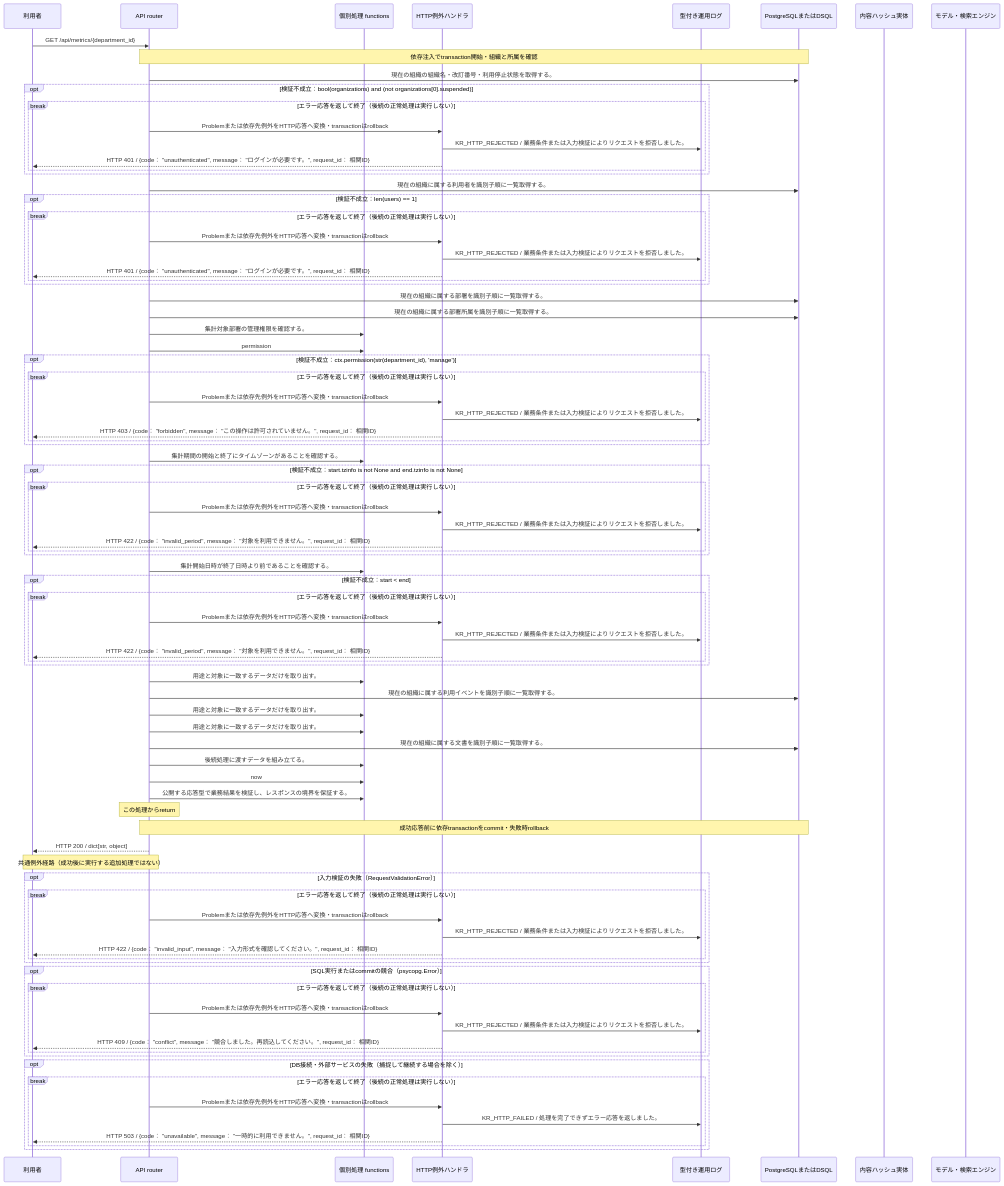
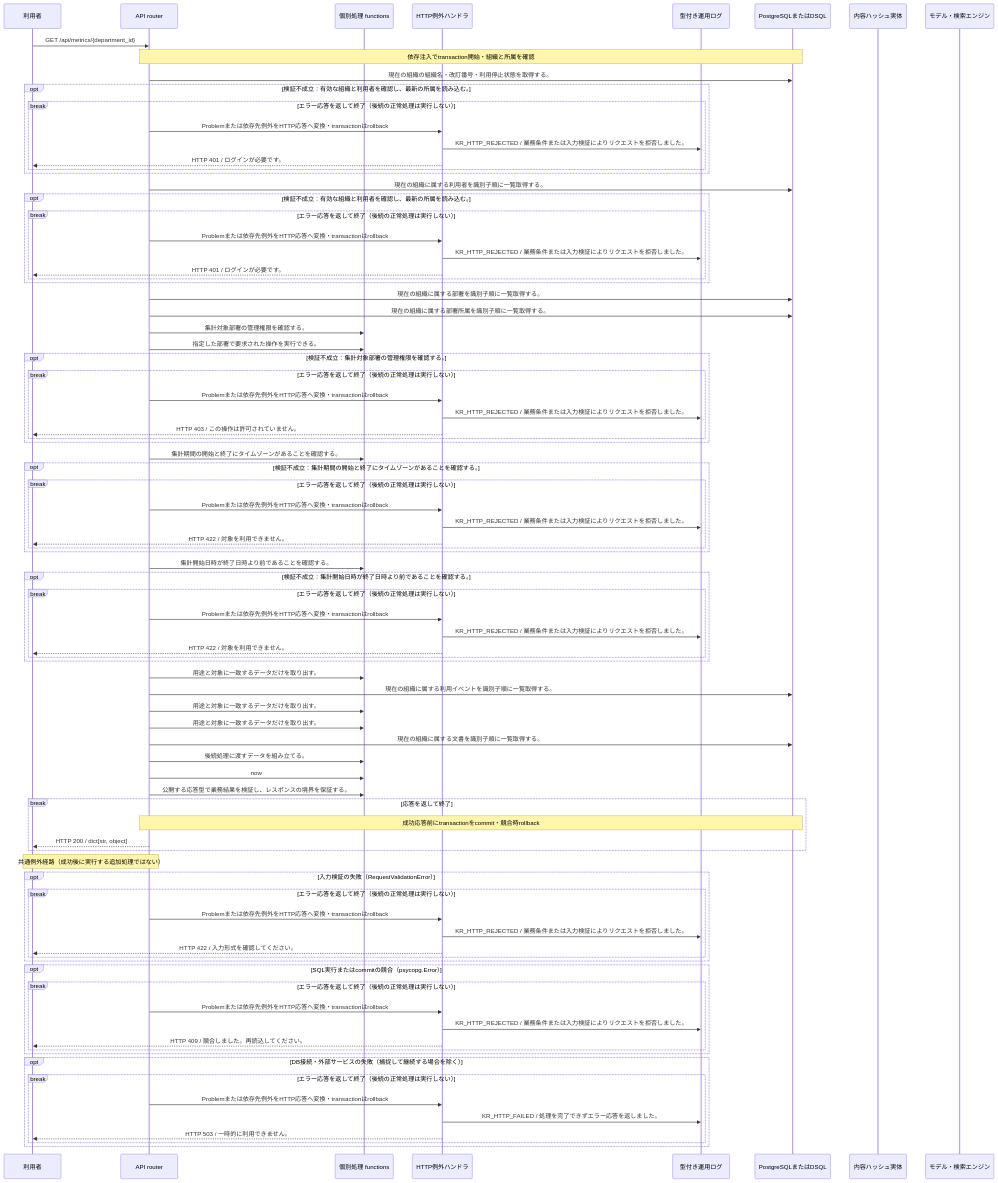
Before and after one commit to tsuji-tomonori/KotoRelay: the diagram in docs/design/generated/api/metrics/department_metrics/sequence.md, drawn with Mermaid. The commit also changed other lines of this file and 245 other files, not shown here.

````diff
--- a/docs/design/generated/api/metrics/department_metrics/sequence.md
+++ b/docs/design/generated/api/metrics/department_metrics/sequence.md
@@ -17,46 +17,46 @@
     U->>A: GET /api/metrics/{department_id}
     Note over A,D: 依存注入でtransaction開始・組織と所属を確認
     A->>D: 現在の組織の組織名・改訂番号・利用停止状態を取得する。
-    opt 検証不成立：bool(organizations) and (not organizations[0].suspended)
+    opt 検証不成立：有効な組織と利用者を確認し、最新の所属を読み込む。
     break エラー応答を返して終了（後続の正常処理は実行しない）
     A->>E: Problemまたは依存先例外をHTTP応答へ変換・transactionはrollback
     E->>L: KR_HTTP_REJECTED / 業務条件または入力検証によりリクエストを拒否しました。
-    E-->>U: HTTP 401 / {code： "unauthenticated", message： "ログインが必要です。", request_id： 相関ID}
+    E-->>U: HTTP 401 / ログインが必要です。
     end
     end
     A->>D: 現在の組織に属する利用者を識別子順に一覧取得する。
-    opt 検証不成立：len(users) == 1
+    opt 検証不成立：有効な組織と利用者を確認し、最新の所属を読み込む。
     break エラー応答を返して終了（後続の正常処理は実行しない）
     A->>E: Problemまたは依存先例外をHTTP応答へ変換・transactionはrollback
     E->>L: KR_HTTP_REJECTED / 業務条件または入力検証によりリクエストを拒否しました。
-    E-->>U: HTTP 401 / {code： "unauthenticated", message： "ログインが必要です。", request_id： 相関ID}
+    E-->>U: HTTP 401 / ログインが必要です。
     end
     end
     A->>D: 現在の組織に属する部署を識別子順に一覧取得する。
     A->>D: 現在の組織に属する部署所属を識別子順に一覧取得する。
     A->>F: 集計対象部署の管理権限を確認する。
-    A->>F: permission
-    opt 検証不成立：ctx.permission(str(department_id), 'manage')
+    A->>F: 指定した部署で要求された操作を実行できる。
+    opt 検証不成立：集計対象部署の管理権限を確認する。
     break エラー応答を返して終了（後続の正常処理は実行しない）
     A->>E: Problemまたは依存先例外をHTTP応答へ変換・transactionはrollback
     E->>L: KR_HTTP_REJECTED / 業務条件または入力検証によりリクエストを拒否しました。
-    E-->>U: HTTP 403 / {code： "forbidden", message： "この操作は許可されていません。", request_id： 相関ID}
+    E-->>U: HTTP 403 / この操作は許可されていません。
     end
     end
     A->>F: 集計期間の開始と終了にタイムゾーンがあることを確認する。
-    opt 検証不成立：start.tzinfo is not None and end.tzinfo is not None
+    opt 検証不成立：集計期間の開始と終了にタイムゾーンがあることを確認する。
     break エラー応答を返して終了（後続の正常処理は実行しない）
     A->>E: Problemまたは依存先例外をHTTP応答へ変換・transactionはrollback
     E->>L: KR_HTTP_REJECTED / 業務条件または入力検証によりリクエストを拒否しました。
-    E-->>U: HTTP 422 / {code： "invalid_period", message： "対象を利用できません。", request_id： 相関ID}
+    E-->>U: HTTP 422 / 対象を利用できません。
     end
     end
     A->>F: 集計開始日時が終了日時より前であることを確認する。
-    opt 検証不成立：start < end
+    opt 検証不成立：集計開始日時が終了日時より前であることを確認する。
     break エラー応答を返して終了（後続の正常処理は実行しない）
     A->>E: Problemまたは依存先例外をHTTP応答へ変換・transactionはrollback
     E->>L: KR_HTTP_REJECTED / 業務条件または入力検証によりリクエストを拒否しました。
-    E-->>U: HTTP 422 / {code： "invalid_period", message： "対象を利用できません。", request_id： 相関ID}
+    E-->>U: HTTP 422 / 対象を利用できません。
     end
     end
     A->>F: 用途と対象に一致するデータだけを取り出す。
@@ -67,29 +67,30 @@
     A->>F: 後続処理に渡すデータを組み立てる。
     A->>F: now
     A->>F: 公開する応答型で業務結果を検証し、レスポンスの境界を保証する。
-    Note over A: この処理からreturn
-    Note over A,D: 成功応答前に依存transactionをcommit・失敗時rollback
+    break 応答を返して終了
+    Note over A,D: 成功応答前にtransactionをcommit・競合時rollback
     A-->>U: HTTP 200 / dict[str, object]
+    end
     Note over A,U: 共通例外経路（成功後に実行する追加処理ではない）
     opt 入力検証の失敗（RequestValidationError）
     break エラー応答を返して終了（後続の正常処理は実行しない）
     A->>E: Problemまたは依存先例外をHTTP応答へ変換・transactionはrollback
     E->>L: KR_HTTP_REJECTED / 業務条件または入力検証によりリクエストを拒否しました。
-    E-->>U: HTTP 422 / {code： "invalid_input", message： "入力形式を確認してください。", request_id： 相関ID}
+    E-->>U: HTTP 422 / 入力形式を確認してください。
     end
     end
     opt SQL実行またはcommitの競合（psycopg.Error）
     break エラー応答を返して終了（後続の正常処理は実行しない）
     A->>E: Problemまたは依存先例外をHTTP応答へ変換・transactionはrollback
     E->>L: KR_HTTP_REJECTED / 業務条件または入力検証によりリクエストを拒否しました。
-    E-->>U: HTTP 409 / {code： "conflict", message： "競合しました。再読込してください。", request_id： 相関ID}
+    E-->>U: HTTP 409 / 競合しました。再読込してください。
     end
     end
     opt DB接続・外部サービスの失敗（捕捉して継続する場合を除く）
     break エラー応答を返して終了（後続の正常処理は実行しない）
     A->>E: Problemまたは依存先例外をHTTP応答へ変換・transactionはrollback
     E->>L: KR_HTTP_FAILED / 処理を完了できずエラー応答を返しました。
-    E-->>U: HTTP 503 / {code： "unavailable", message： "一時的に利用できません。", request_id： 相関ID}
+    E-->>U: HTTP 503 / 一時的に利用できません。
     end
     end
 ```
````
